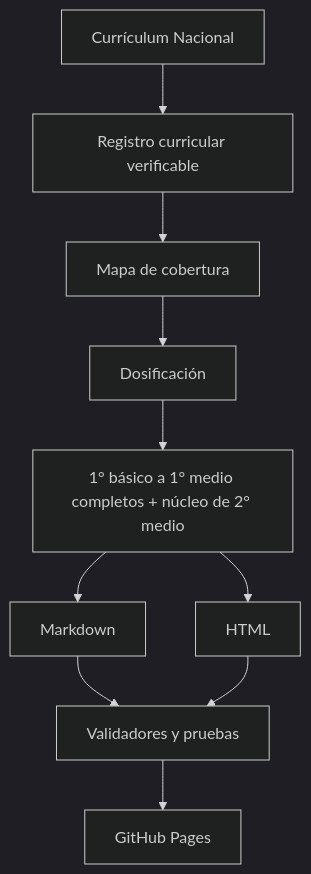
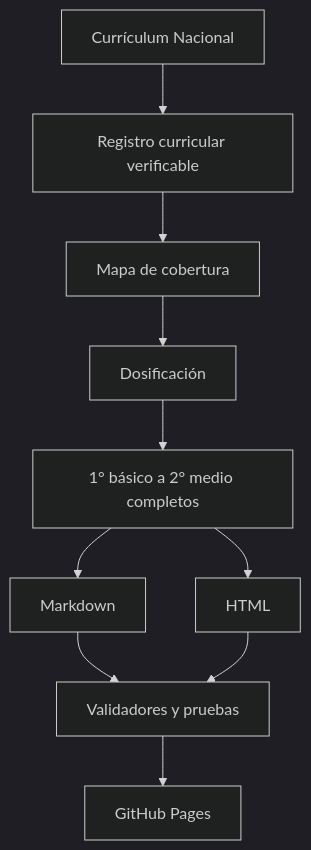
One commit to vladimiracunadev-create/chilean-school-learning-path changed the second of 2 diagrams in README.md. Above: the diagram before and after it, drawn with Mermaid (dark theme). The commit also changed other lines of this file and 431 other files, not shown here.

````diff
--- a/README.md
+++ b/README.md
@@ -473,12 +482,12 @@
 ```mermaid
 flowchart TD
     A[Currículum Nacional] --> B[Registro curricular verificable]
     B --> C[Mapa de cobertura]
     C --> D[Dosificación]
-    D --> E[1° básico a 1° medio completos + núcleo de 2° medio]
+    D --> E[1° básico a 2° medio completos]
     E --> F[Markdown]
     E --> G[HTML]
     F --> H[Validadores y pruebas]
     G --> H
     H --> I[GitHub Pages]
 ```
````
